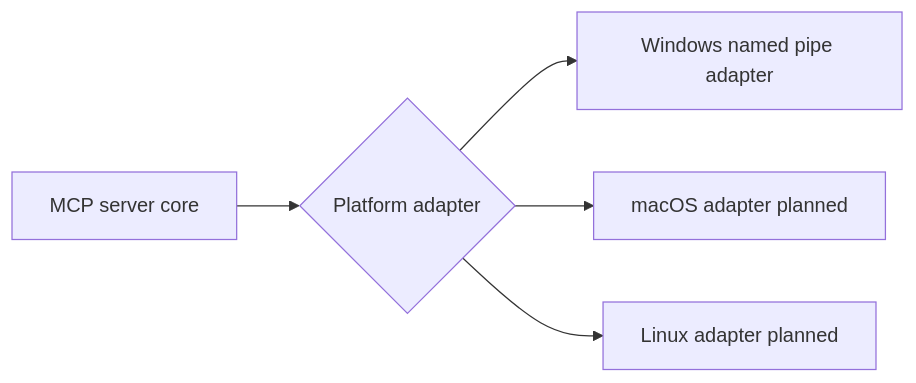
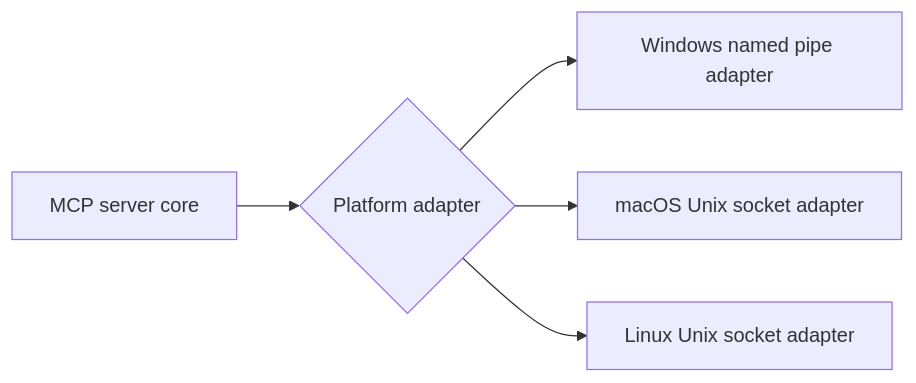
The second of 2 diagrams in docs/ARCHITECTURE.md (bakhtiersizhaev/chromewire-mcp), drawn with Mermaid before and after one commit. The commit also changed other lines of this file and 18 other files, not shown here.

````diff
--- a/docs/ARCHITECTURE.md
+++ b/docs/ARCHITECTURE.md
@@ -24,7 +26,7 @@
 ```mermaid
 flowchart LR
     Core[MCP server core] --> Adapter{Platform adapter}
     Adapter --> Win[Windows named pipe adapter]
-    Adapter --> Mac[macOS adapter planned]
-    Adapter --> Linux[Linux adapter planned]
+    Adapter --> Mac[macOS Unix socket adapter]
+    Adapter --> Linux[Linux Unix socket adapter]
 ```
````
